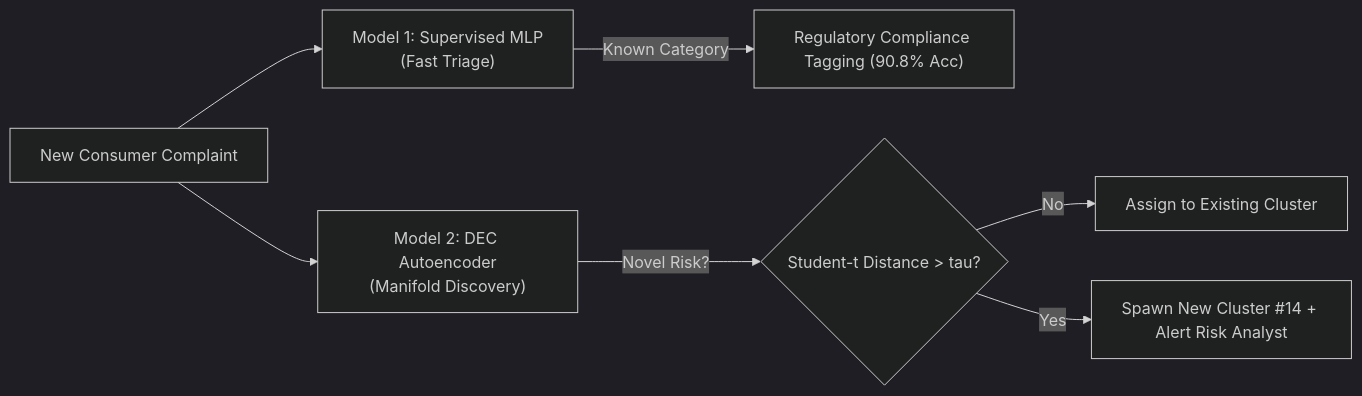
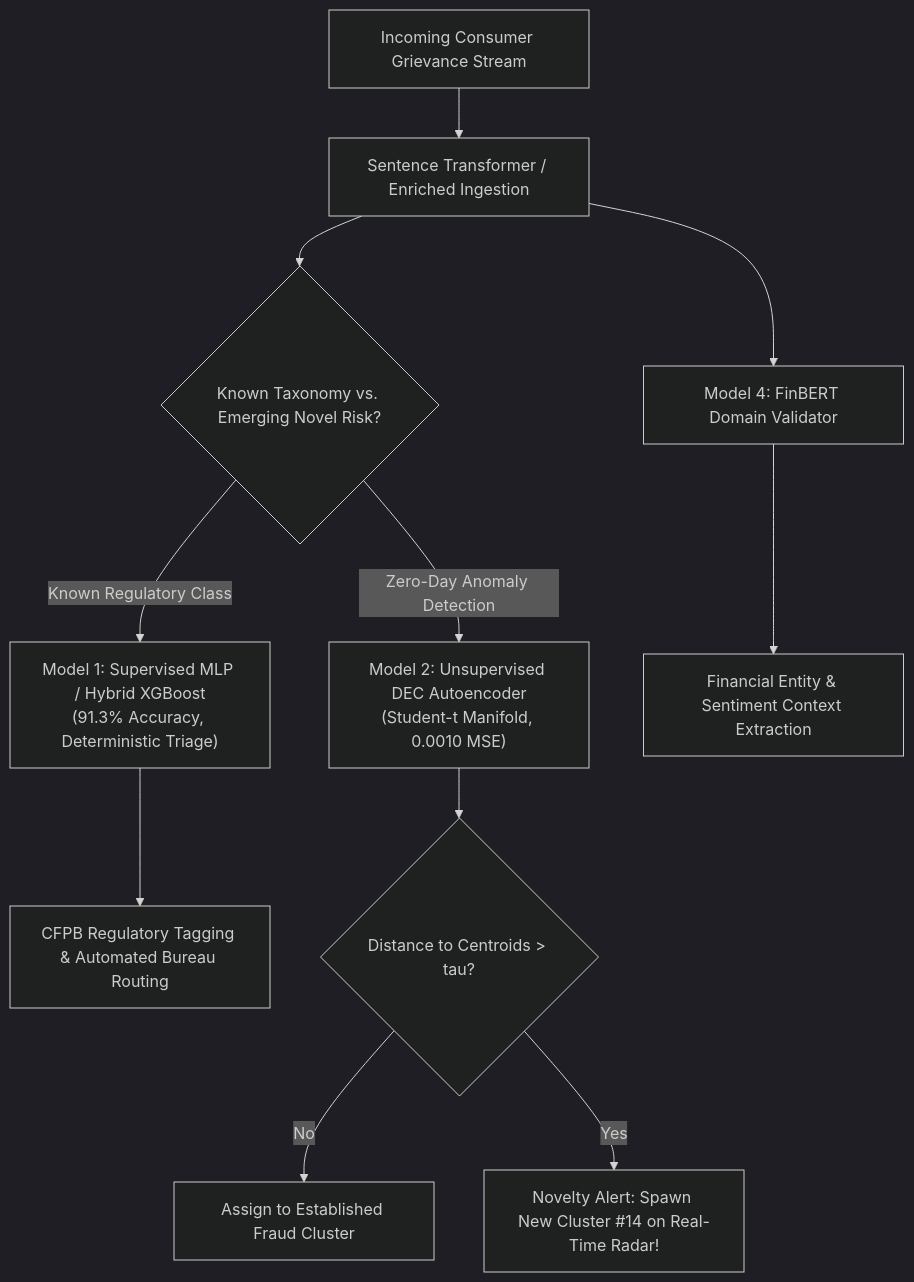
Before and after one commit to AnshGupta007/Sentinefin: the diagram in docs/MODEL_COMPARISON.md, drawn with Mermaid (dark theme). The commit also changed other lines of this file and 8 other files, not shown here.

Commit message:
feat(models): implement Hybrid XGBoost+BiLSTM, FinBERT, and Proposed CNN-RNN with comprehensive benchmark and comparison docs

````diff
--- a/docs/MODEL_COMPARISON.md
+++ b/docs/MODEL_COMPARISON.md
@@ -130,9 +198,16 @@
 ```mermaid
-graph LR
-    Input["New Consumer Complaint"] --> M1["Model 1: Supervised MLP<br/>(Fast Triage)"]
-    Input --> M2["Model 2: DEC Autoencoder<br/>(Manifold Discovery)"]
-    M1 -->|Known Category| Tagger["Regulatory Compliance Tagging (90.8% Acc)"]
-    M2 -->|Novel Risk?| Detector{"Student-t Distance > tau?"}
-    Detector -->|No| Visualizer["Assign to Existing Cluster"]
-    Detector -->|Yes| Spawner["Spawn New Cluster #14 + Alert Risk Analyst"]
+graph TD
+    A["Incoming Consumer Grievance Stream"] --> B["Sentence Transformer / Enriched Ingestion"]
+    B --> C{"Known Taxonomy vs. Emerging Novel Risk?"}
+    
+    C -->|Known Regulatory Class| M1["Model 1: Supervised MLP / Hybrid XGBoost<br/>(91.3% Accuracy, Deterministic Triage)"]
+    M1 --> D["CFPB Regulatory Tagging & Automated Bureau Routing"]
+    
+    C -->|Zero-Day Anomaly Detection| M2["Model 2: Unsupervised DEC Autoencoder<br/>(Student-t Manifold, 0.0010 MSE)"]
+    M2 --> E{"Distance to Centroids > tau?"}
+    E -->|No| F["Assign to Established Fraud Cluster"]
+    E -->|Yes| G["Novelty Alert: Spawn New Cluster #14 on Real-Time Radar!"]
+    
+    B --> M4["Model 4: FinBERT Domain Validator"]
+    M4 --> H["Financial Entity & Sentiment Context Extraction"]
 ```
````
